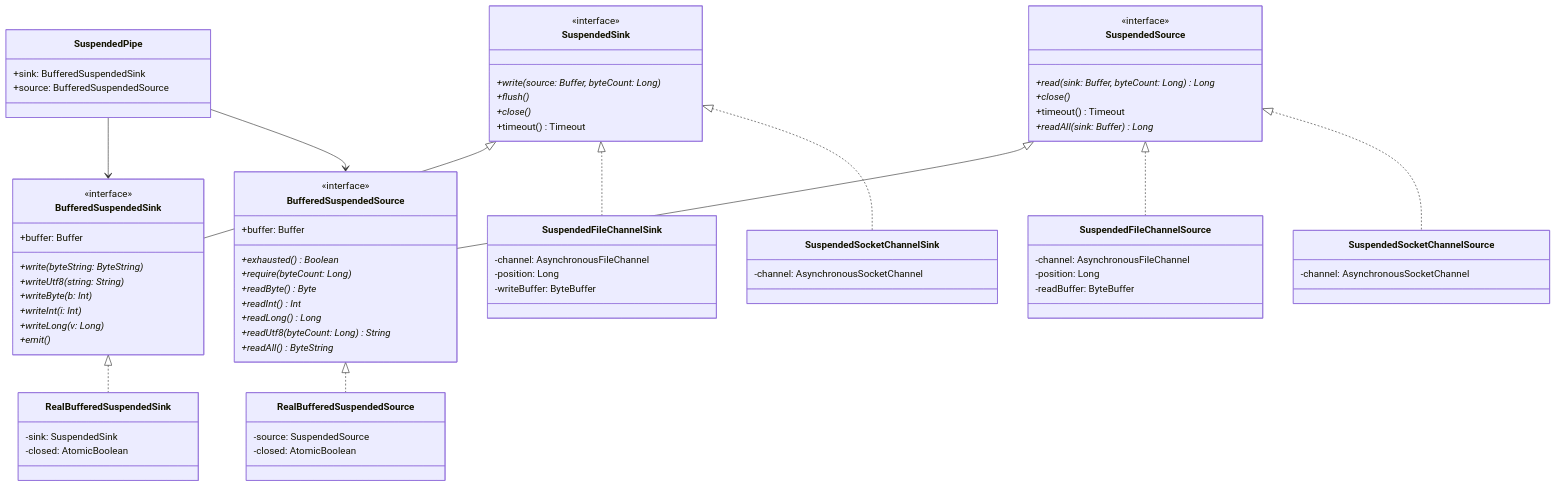
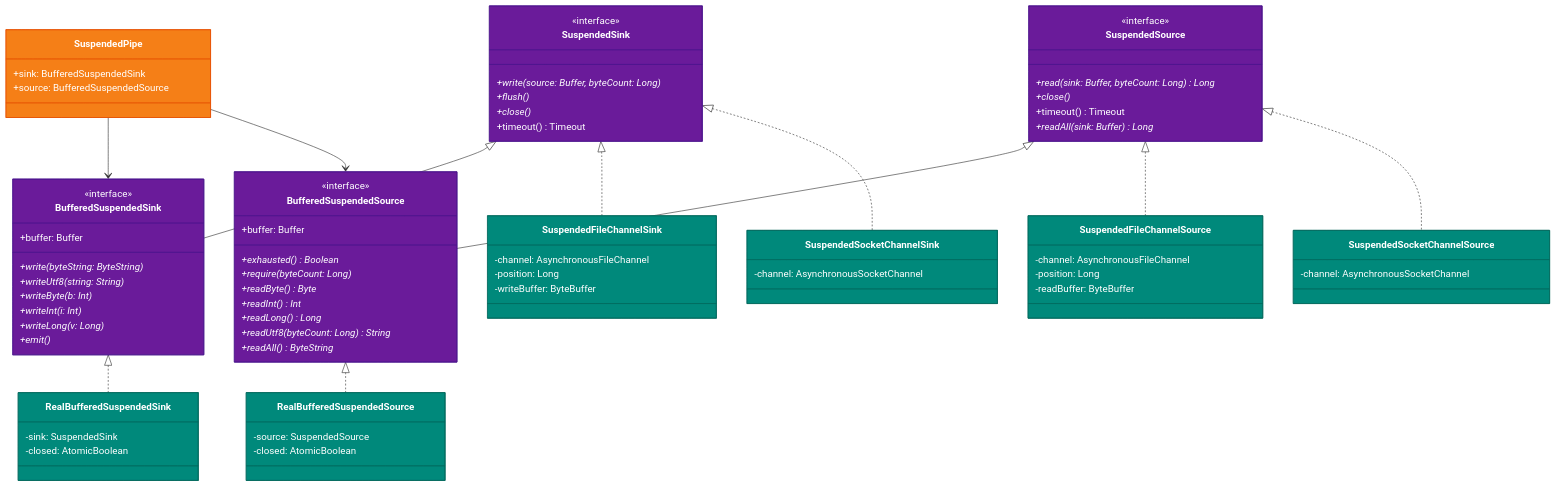
The third of 9 diagrams in io/okio/README.ko.md (bluetape4k/bluetape4k-projects), drawn with Mermaid before and after one commit. The commit also changed other lines of this file and 221 other files, not shown here.

First line of the commit message:
docs: 전체 모듈 README UML 다이어그램 보강 및 색상 업그레이드

````diff
--- a/io/okio/README.ko.md
+++ b/io/okio/README.ko.md
@@ -490,4 +514,15 @@
     SuspendedPipe --> BufferedSuspendedSink
     SuspendedPipe --> BufferedSuspendedSource
 
+    style SuspendedSink fill:#6A1B9A,stroke:#4A148C,color:#FFFFFF
+    style SuspendedSource fill:#6A1B9A,stroke:#4A148C,color:#FFFFFF
+    style BufferedSuspendedSink fill:#6A1B9A,stroke:#4A148C,color:#FFFFFF
+    style BufferedSuspendedSource fill:#6A1B9A,stroke:#4A148C,color:#FFFFFF
+    style RealBufferedSuspendedSink fill:#00897B,stroke:#00695C,color:#FFFFFF
+    style RealBufferedSuspendedSource fill:#00897B,stroke:#00695C,color:#FFFFFF
+    style SuspendedFileChannelSink fill:#00897B,stroke:#00695C,color:#FFFFFF
+    style SuspendedFileChannelSource fill:#00897B,stroke:#00695C,color:#FFFFFF
+    style SuspendedSocketChannelSink fill:#00897B,stroke:#00695C,color:#FFFFFF
+    style SuspendedSocketChannelSource fill:#00897B,stroke:#00695C,color:#FFFFFF
+    style SuspendedPipe fill:#F57F17,stroke:#E65100,color:#FFFFFF
 ```
````
